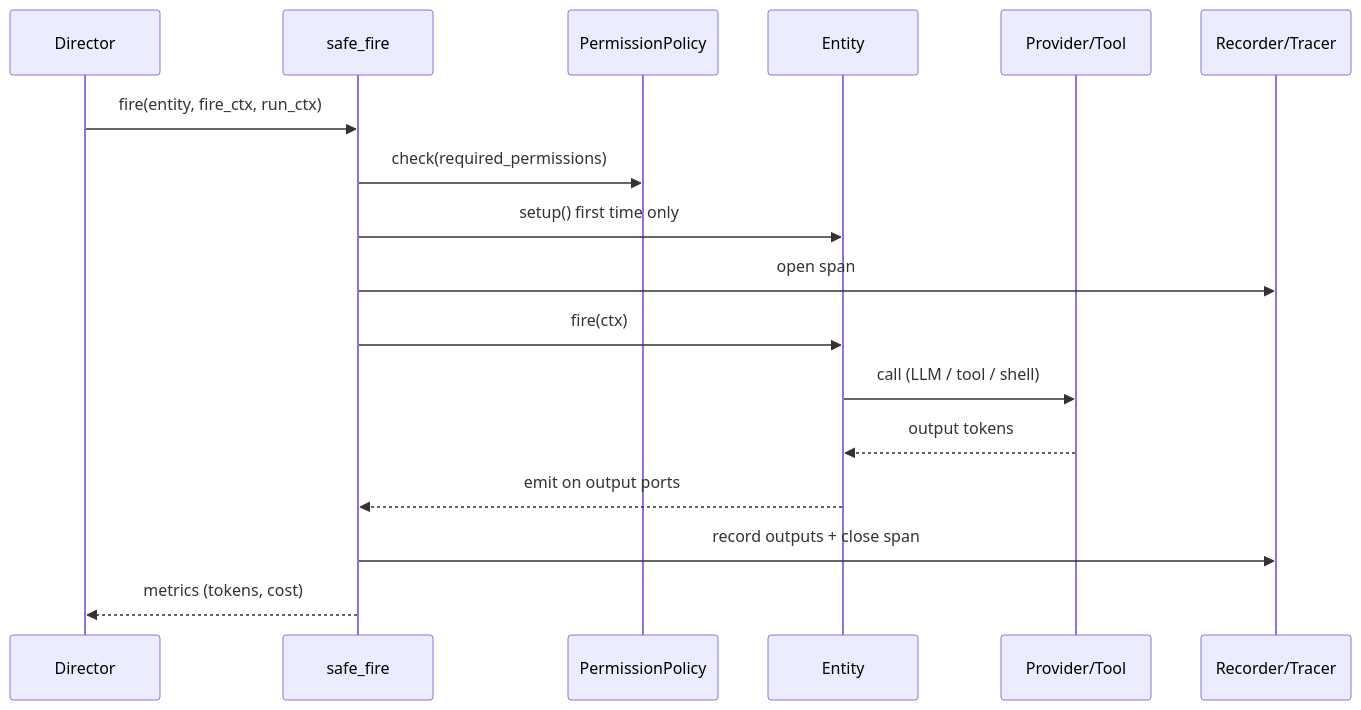
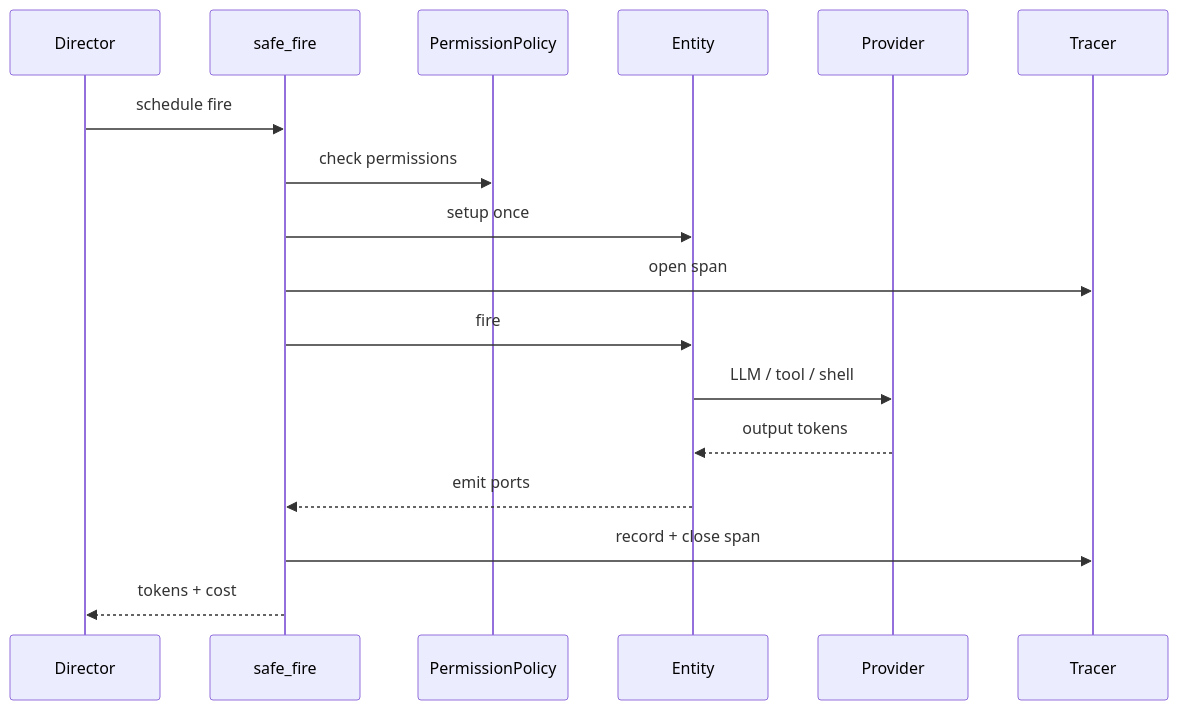
Before and after one commit to qiu01shi/pharos: the second of 2 diagrams in README.md, drawn with Mermaid. The commit also changed other lines of this file, not shown here.

First line of the commit message:
docs: fix Mermaid diagram label truncation (#10)

````diff
--- a/README.md
+++ b/README.md
@@ -50,19 +54,19 @@
 ```mermaid
 sequenceDiagram
   participant D as Director
   participant SF as safe_fire
   participant PP as PermissionPolicy
   participant E as Entity
-  participant P as Provider/Tool
-  participant R as Recorder/Tracer
-  D->>SF: fire(entity, fire_ctx, run_ctx)
-  SF->>PP: check(required_permissions)
-  SF->>E: setup() first time only
+  participant P as Provider
+  participant R as Tracer
+  D->>SF: schedule fire
+  SF->>PP: check permissions
+  SF->>E: setup once
   SF->>R: open span
-  SF->>E: fire(ctx)
-  E->>P: call (LLM / tool / shell)
+  SF->>E: fire
+  E->>P: LLM / tool / shell
   P-->>E: output tokens
-  E-->>SF: emit on output ports
-  SF->>R: record outputs + close span
-  SF-->>D: metrics (tokens, cost)
+  E-->>SF: emit ports
+  SF->>R: record + close span
+  SF-->>D: tokens + cost
 ```
````
